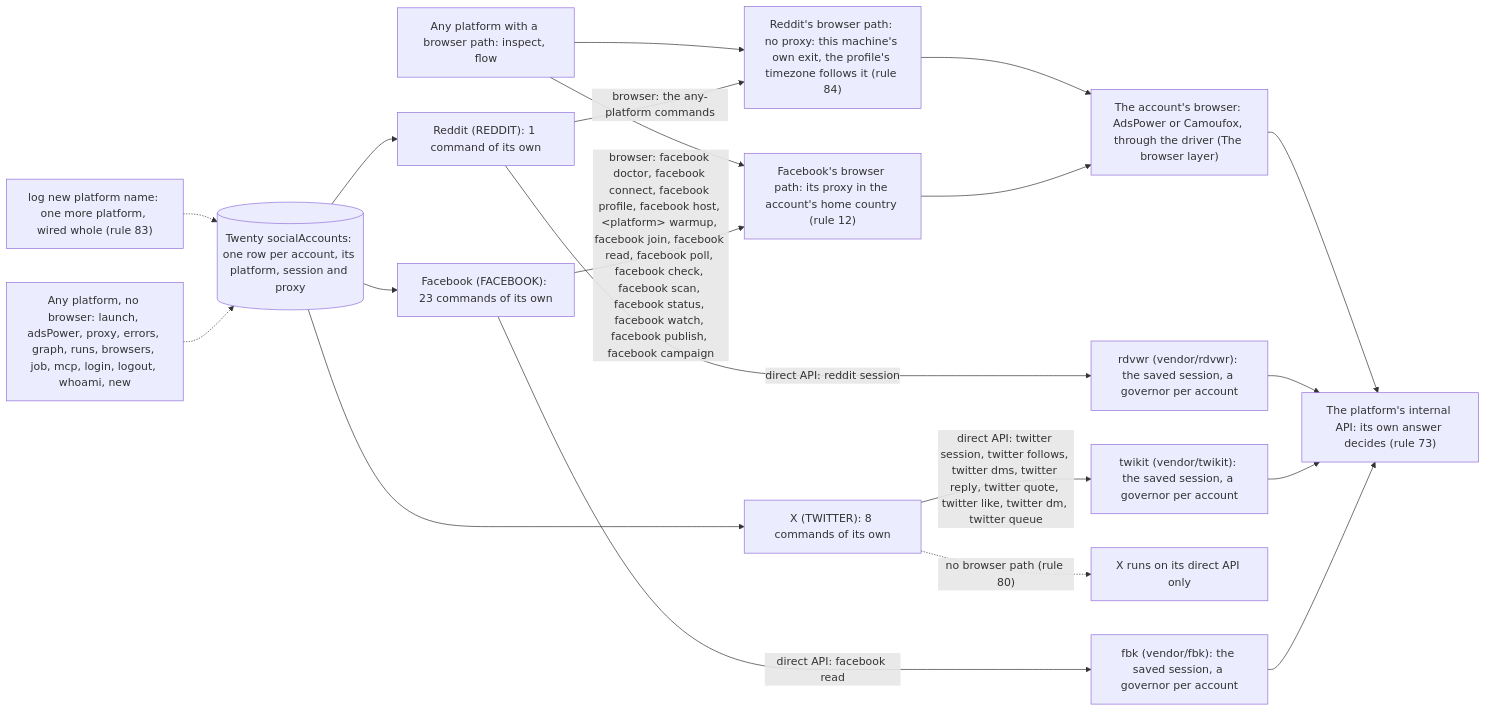
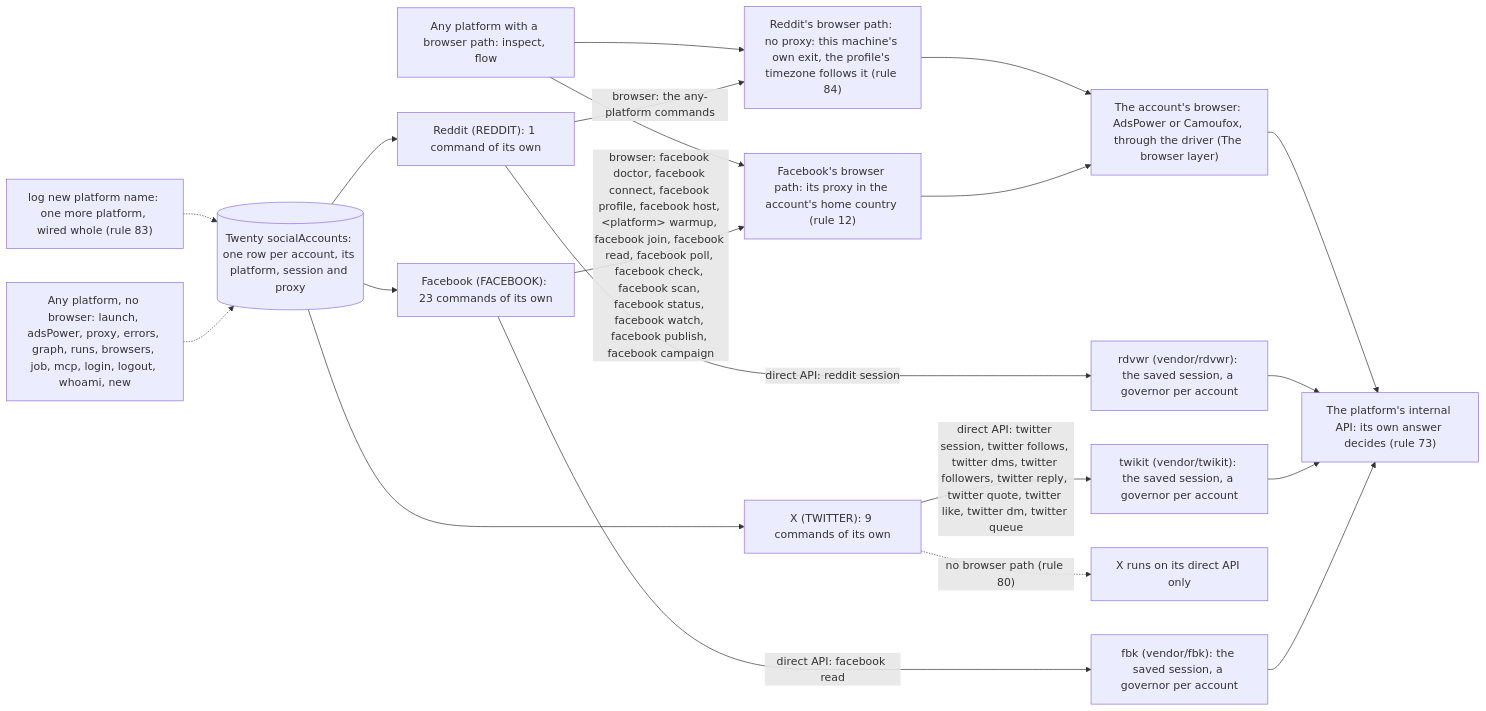
The diagram in docs/diagrams/platforms.mmd (matthewdonsemail-lab/log), drawn with Mermaid before and after one commit. The commit also changed 16 other files, not shown here.

Commit message:
feat(twitter): log twitter followers reads an X account's own followers on twikit

```diff
--- a/docs/diagrams/platforms.mmd
+++ b/docs/diagrams/platforms.mmd
@@ -1,30 +1,30 @@
 %% The platforms. log-cli is platform-agnostic: each platform is a row in `PLATFORMS` and `PLATFORM_SITES` (`src/cli/runner/helpers/platforms.ts`), with its direct-API client from `DIRECT_ROUTES` (`src/directApi/engine`) and its browser path, with or without a proxy. A new one is made by `log new platform <name>` (rule 83).
 %% Written by `bun run docs:build` from the code (rule 56). Not edited by hand.
 flowchart LR
   twenty[("Twenty socialAccounts: one row per account, its platform, session and proxy")]
   api["The platform's internal API: its own answer decides (rule 73)"]
   drivers["The account's browser: AdsPower or Camoufox, through the driver (The browser layer)"]
   p_facebook["Facebook (FACEBOOK): 23 commands of its own"]
   twenty --> p_facebook
   p_facebook -->|"direct API: facebook read"| e_fbk["fbk (vendor/fbk): the saved session, a governor per account"]
   e_fbk --> api
   p_facebook -->|"browser: facebook doctor, facebook connect, facebook profile, facebook host, #lt;platform#gt; warmup, facebook join, facebook read, facebook poll, facebook check, facebook scan, facebook status, facebook watch, facebook publish, facebook campaign"| b_facebook["Facebook's browser path: its proxy in the account's home country (rule 12)"]
   b_facebook --> drivers
-  p_twitter["X (TWITTER): 8 commands of its own"]
+  p_twitter["X (TWITTER): 9 commands of its own"]
   twenty --> p_twitter
-  p_twitter -->|"direct API: twitter session, twitter follows, twitter dms, twitter reply, twitter quote, twitter like, twitter dm, twitter queue"| e_twikit["twikit (vendor/twikit): the saved session, a governor per account"]
+  p_twitter -->|"direct API: twitter session, twitter follows, twitter dms, twitter followers, twitter reply, twitter quote, twitter like, twitter dm, twitter queue"| e_twikit["twikit (vendor/twikit): the saved session, a governor per account"]
   e_twikit --> api
   p_twitter -.->|"no browser path (rule 80)"| nob_twitter["X runs on its direct API only"]
   p_reddit["Reddit (REDDIT): 1 command of its own"]
   twenty --> p_reddit
   p_reddit -->|"direct API: reddit session"| e_rdvwr["rdvwr (vendor/rdvwr): the saved session, a governor per account"]
   e_rdvwr --> api
   p_reddit -->|"browser: the any-platform commands"| b_reddit["Reddit's browser path: no proxy: this machine's own exit, the profile's timezone follows it (rule 84)"]
   b_reddit --> drivers
   anyB["Any platform with a browser path: inspect, flow"]
   anyB --> b_facebook
   anyB --> b_reddit
   anyN["Any platform, no browser: launch, adsPower, proxy, errors, graph, runs, browsers, job, mcp, login, logout, whoami, new"]
   anyN -.-> twenty
   newP["log new platform name: one more platform, wired whole (rule 83)"] -.-> twenty
   drivers --> api
```
